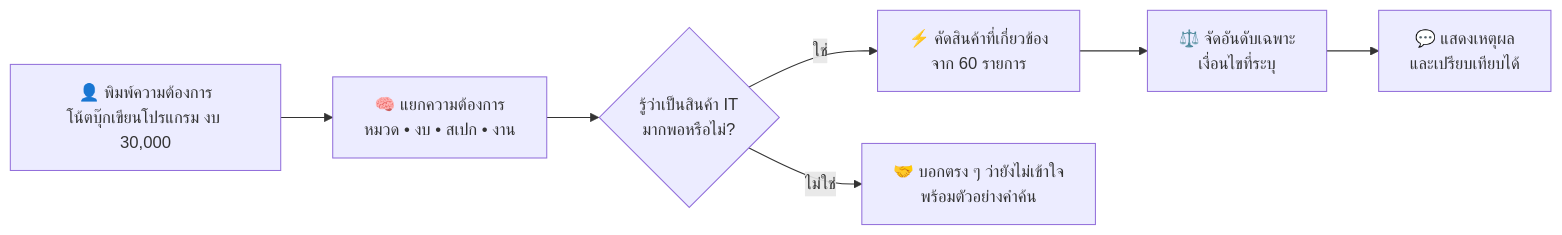
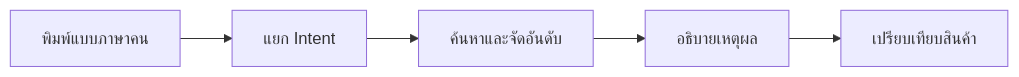
One commit to mmew018/project-algorithms-prototype-ise changed the first of 6 diagrams in README.md. Above: the diagram before and after it, drawn with Mermaid. The commit also changed other lines of this file and 25 other files, not shown here.

````diff
--- a/README.md
+++ b/README.md
@@ -12,14 +25,7 @@
 ```mermaid
 flowchart LR
-    A["👤 พิมพ์ความต้องการ<br/>โน้ตบุ๊กเขียนโปรแกรม งบ 30,000"]
-    B["🧠 แยกความต้องการ<br/>หมวด • งบ • สเปก • งาน"]
-    C{"รู้ว่าเป็นสินค้า IT<br/>มากพอหรือไม่?"}
-    D["⚡ คัดสินค้าที่เกี่ยวข้อง<br/>จาก 60 รายการ"]
-    E["⚖️ จัดอันดับเฉพาะ<br/>เงื่อนไขที่ระบุ"]
-    F["💬 แสดงเหตุผล<br/>และเปรียบเทียบได้"]
-    X["🤝 บอกตรง ๆ ว่ายังไม่เข้าใจ<br/>พร้อมตัวอย่างคำค้น"]
-
-    A --> B --> C
-    C -- "ใช่" --> D --> E --> F
-    C -- "ไม่ใช่" --> X
+    U["พิมพ์แบบภาษาคน"] --> I["แยก Intent"]
+    I --> R["ค้นหาและจัดอันดับ"]
+    R --> E["อธิบายเหตุผล"]
+    E --> C["เปรียบเทียบสินค้า"]
 ```
````
